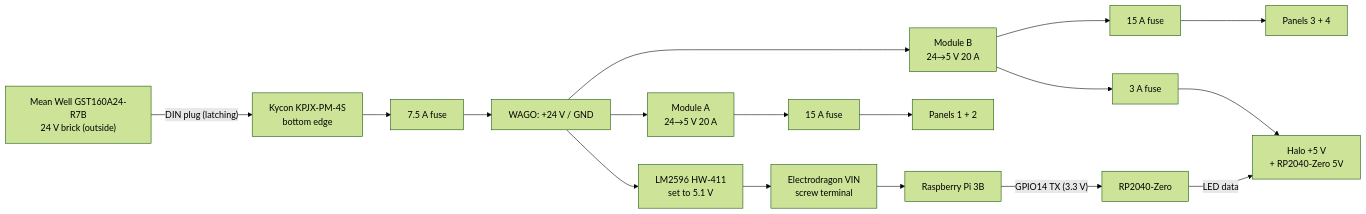
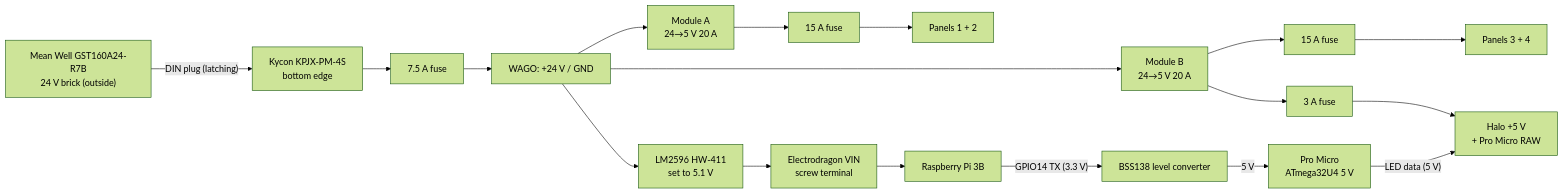
Before and after one commit to sshcrack/led-matrix: the diagram in hardware/wiring/README.md, drawn with Mermaid (forest theme). The commit also changed other lines of this file, not shown here.

First line of the commit message:
Use the owner's Pro Micro (5 V) as the halo controller

````diff
--- a/hardware/wiring/README.md
+++ b/hardware/wiring/README.md
@@ -13,13 +13,13 @@
 ```mermaid
 flowchart LR
   brick["Mean Well GST160A24-R7B<br/>24 V brick (outside)"] -- "DIN plug (latching)" --> jack["Kycon KPJX-PM-4S<br/>bottom edge"]
   jack --> F0["7.5 A fuse"] --> W24["WAGO: +24 V / GND"]
   W24 --> A["Module A<br/>24→5 V 20 A"]
   W24 --> B["Module B<br/>24→5 V 20 A"]
   W24 --> L["LM2596 HW-411<br/>set to 5.1 V"]
   A --> FA["15 A fuse"] --> P12["Panels 1 + 2"]
   B --> FB["15 A fuse"] --> P34["Panels 3 + 4"]
-  B --> FH["3 A fuse"] --> H["Halo +5 V<br/>+ RP2040-Zero 5V"]
+  B --> FH["3 A fuse"] --> H["Halo +5 V<br/>+ Pro Micro RAW"]
   L --> ED["Electrodragon VIN<br/>screw terminal"] --> Pi["Raspberry Pi 3B"]
-  Pi -- "GPIO14 TX (3.3 V)" --> RP["RP2040-Zero"] -- "LED data" --> H
+  Pi -- "GPIO14 TX (3.3 V)" --> LS["BSS138 level converter"] -- "5 V" --> PM["Pro Micro<br/>ATmega32U4 5 V"] -- "LED data (5 V)" --> H
 ```
````
